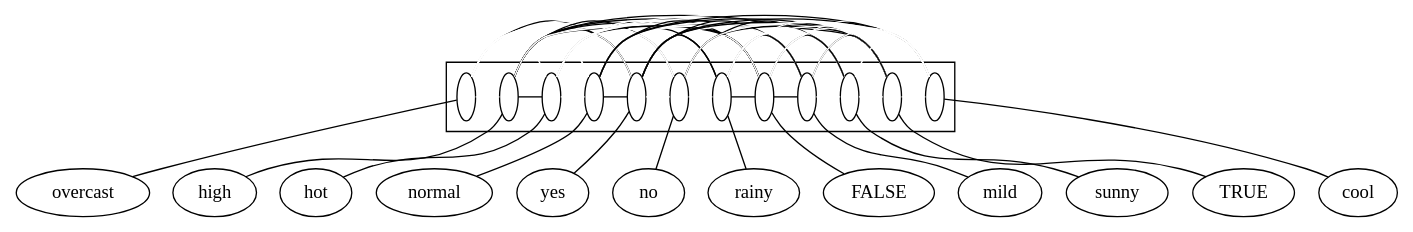
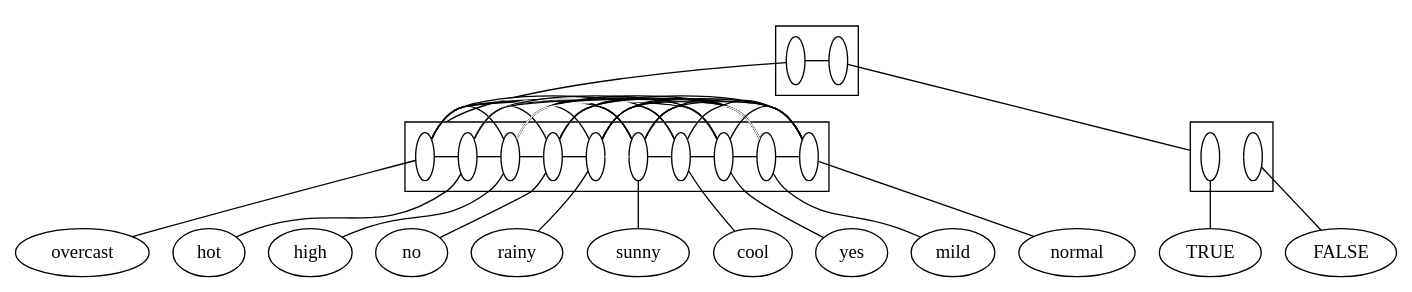
One commit to lrodrin/TFG changed the diagram in src/final/plain2-structure.dot. Above: the diagram before and after it, drawn with Graphviz. The commit also changed 9 other files, not shown here.

```diff
--- a/src/final/plain2-structure.dot
+++ b/src/final/plain2-structure.dot
@@ -1,112 +1,111 @@
 digraph G {
 compound=True;
 overcast;
+hot;
 high;
-hot;
-normal;
-yes;
 no;
 rainy;
+sunny;
+cool;
+yes;
+mild;
+normal;
+TRUE;
 FALSE;
-mild;
-sunny;
-TRUE;
-cool;
-subgraph cluster_sunnyovercasthotmildnoTRUEyesrainyhighFALSEcoolnormal {
-s_overcast [fillcolor=white, label=" ", fixedsize=True, width=0.2];
-s_high [fillcolor=white, label=" ", fixedsize=True, width=0.2];
-s_hot [fillcolor=white, label=" ", fixedsize=True, width=0.2];
-s_normal [fillcolor=white, label=" ", fixedsize=True, width=0.2];
-s_yes [fillcolor=white, label=" ", fixedsize=True, width=0.2];
-s_no [fillcolor=white, label=" ", fixedsize=True, width=0.2];
-s_rainy [fillcolor=white, label=" ", fixedsize=True, width=0.2];
-s_FALSE [fillcolor=white, label=" ", fixedsize=True, width=0.2];
-s_mild [fillcolor=white, label=" ", fixedsize=True, width=0.2];
-s_sunny [fillcolor=white, label=" ", fixedsize=True, width=0.2];
-s_TRUE [fillcolor=white, label=" ", fixedsize=True, width=0.2];
-s_cool [fillcolor=white, label=" ", fixedsize=True, width=0.2];
+subgraph cluster_yesnormalsunnyFALSEovercastTRUEmildrainyhighcoolnohot {
+s_yesnormalsunnyovercastmildrainyhighcoolnohot [width=0.2, fixedsize=True, label=" ", fillcolor=white];
+s_FALSETRUE [width=0.2, fixedsize=True, label=" ", fillcolor=white];
 subgraph  {
 rank=same;
-s_overcast -> s_high  [color=white, arrowhead=none];
-s_overcast -> s_hot  [color=white, arrowhead=none];
-s_overcast -> s_normal  [color=white, arrowhead=none];
-s_overcast -> s_yes  [color=black, arrowhead=none];
-s_overcast -> s_no  [color=white, arrowhead=none];
-s_overcast -> s_rainy  [color=white, arrowhead=none];
-s_overcast -> s_FALSE  [color=white, arrowhead=none];
-s_overcast -> s_mild  [color=white, arrowhead=none];
-s_overcast -> s_sunny  [color=white, arrowhead=none];
-s_overcast -> s_TRUE  [color=white, arrowhead=none];
-s_overcast -> s_cool  [color=white, arrowhead=none];
-s_high -> s_hot  [color=black, arrowhead=none];
-s_high -> s_normal  [color=white, arrowhead=none];
-s_high -> s_yes  [color=black, arrowhead=none];
-s_high -> s_no  [color=black, arrowhead=none];
-s_high -> s_rainy  [color=white, arrowhead=none];
-s_high -> s_FALSE  [color=black, arrowhead=none];
-s_high -> s_mild  [color=black, arrowhead=none];
-s_high -> s_sunny  [color=black, arrowhead=none];
-s_high -> s_TRUE  [color=black, arrowhead=none];
-s_high -> s_cool  [color=white, arrowhead=none];
-s_hot -> s_normal  [color=white, arrowhead=none];
-s_hot -> s_yes  [color=white, arrowhead=none];
-s_hot -> s_no  [color=white, arrowhead=none];
-s_hot -> s_rainy  [color=white, arrowhead=none];
-s_hot -> s_FALSE  [color=black, arrowhead=none];
-s_hot -> s_mild  [color=white, arrowhead=none];
-s_hot -> s_sunny  [color=white, arrowhead=none];
-s_hot -> s_TRUE  [color=white, arrowhead=none];
-s_hot -> s_cool  [color=white, arrowhead=none];
-s_normal -> s_yes  [color=black, arrowhead=none];
-s_normal -> s_no  [color=white, arrowhead=none];
-s_normal -> s_rainy  [color=black, arrowhead=none];
-s_normal -> s_FALSE  [color=black, arrowhead=none];
-s_normal -> s_mild  [color=white, arrowhead=none];
-s_normal -> s_sunny  [color=white, arrowhead=none];
-s_normal -> s_TRUE  [color=black, arrowhead=none];
-s_normal -> s_cool  [color=black, arrowhead=none];
-s_yes -> s_no  [color=white, arrowhead=none];
-s_yes -> s_rainy  [color=black, arrowhead=none];
-s_yes -> s_FALSE  [color=black, arrowhead=none];
-s_yes -> s_mild  [color=black, arrowhead=none];
-s_yes -> s_sunny  [color=white, arrowhead=none];
-s_yes -> s_TRUE  [color=black, arrowhead=none];
-s_yes -> s_cool  [color=black, arrowhead=none];
-s_no -> s_rainy  [color=white, arrowhead=none];
-s_no -> s_FALSE  [color=white, arrowhead=none];
-s_no -> s_mild  [color=white, arrowhead=none];
-s_no -> s_sunny  [color=black, arrowhead=none];
-s_no -> s_TRUE  [color=black, arrowhead=none];
-s_no -> s_cool  [color=white, arrowhead=none];
-s_rainy -> s_FALSE  [color=black, arrowhead=none];
-s_rainy -> s_mild  [color=black, arrowhead=none];
-s_rainy -> s_sunny  [color=white, arrowhead=none];
-s_rainy -> s_TRUE  [color=white, arrowhead=none];
-s_rainy -> s_cool  [color=white, arrowhead=none];
-s_FALSE -> s_mild  [color=black, arrowhead=none];
-s_FALSE -> s_sunny  [color=black, arrowhead=none];
-s_FALSE -> s_TRUE  [color=white, arrowhead=none];
-s_FALSE -> s_cool  [color=white, arrowhead=none];
-s_mild -> s_sunny  [color=white, arrowhead=none];
-s_mild -> s_TRUE  [color=black, arrowhead=none];
-s_mild -> s_cool  [color=white, arrowhead=none];
-s_sunny -> s_TRUE  [color=white, arrowhead=none];
-s_sunny -> s_cool  [color=white, arrowhead=none];
-s_TRUE -> s_cool  [color=white, arrowhead=none];
+s_yesnormalsunnyovercastmildrainyhighcoolnohot -> s_FALSETRUE  [arrowhead=none, color=black];
+}
+
+}
+
+subgraph cluster_yesnormalsunnyovercastmildrainyhighcoolnohot {
+s_overcast [width=0.2, fixedsize=True, label=" ", fillcolor=white];
+s_hot [width=0.2, fixedsize=True, label=" ", fillcolor=white];
+s_high [width=0.2, fixedsize=True, label=" ", fillcolor=white];
+s_no [width=0.2, fixedsize=True, label=" ", fillcolor=white];
+s_rainy [width=0.2, fixedsize=True, label=" ", fillcolor=white];
+s_sunny [width=0.2, fixedsize=True, label=" ", fillcolor=white];
+s_cool [width=0.2, fixedsize=True, label=" ", fillcolor=white];
+s_yes [width=0.2, fixedsize=True, label=" ", fillcolor=white];
+s_mild [width=0.2, fixedsize=True, label=" ", fillcolor=white];
+s_normal [width=0.2, fixedsize=True, label=" ", fillcolor=white];
+subgraph  {
+rank=same;
+s_overcast -> s_hot  [arrowhead=none, color=black];
+s_overcast -> s_high  [arrowhead=none, color=black];
+s_overcast -> s_no  [arrowhead=none, color=white];
+s_overcast -> s_rainy  [arrowhead=none, color=white];
+s_overcast -> s_sunny  [arrowhead=none, color=white];
+s_overcast -> s_cool  [arrowhead=none, color=black];
+s_overcast -> s_yes  [arrowhead=none, color=black];
+s_overcast -> s_mild  [arrowhead=none, color=black];
+s_overcast -> s_normal  [arrowhead=none, color=black];
+s_hot -> s_high  [arrowhead=none, color=black];
+s_hot -> s_no  [arrowhead=none, color=black];
+s_hot -> s_rainy  [arrowhead=none, color=white];
+s_hot -> s_sunny  [arrowhead=none, color=black];
+s_hot -> s_cool  [arrowhead=none, color=white];
+s_hot -> s_yes  [arrowhead=none, color=black];
+s_hot -> s_mild  [arrowhead=none, color=white];
+s_hot -> s_normal  [arrowhead=none, color=black];
+s_high -> s_no  [arrowhead=none, color=black];
+s_high -> s_rainy  [arrowhead=none, color=black];
+s_high -> s_sunny  [arrowhead=none, color=black];
+s_high -> s_cool  [arrowhead=none, color=white];
+s_high -> s_yes  [arrowhead=none, color=black];
+s_high -> s_mild  [arrowhead=none, color=black];
+s_high -> s_normal  [arrowhead=none, color=white];
+s_no -> s_rainy  [arrowhead=none, color=black];
+s_no -> s_sunny  [arrowhead=none, color=black];
+s_no -> s_cool  [arrowhead=none, color=black];
+s_no -> s_yes  [arrowhead=none, color=white];
+s_no -> s_mild  [arrowhead=none, color=black];
+s_no -> s_normal  [arrowhead=none, color=black];
+s_rainy -> s_sunny  [arrowhead=none, color=white];
+s_rainy -> s_cool  [arrowhead=none, color=black];
+s_rainy -> s_yes  [arrowhead=none, color=black];
+s_rainy -> s_mild  [arrowhead=none, color=black];
+s_rainy -> s_normal  [arrowhead=none, color=black];
+s_sunny -> s_cool  [arrowhead=none, color=black];
+s_sunny -> s_yes  [arrowhead=none, color=black];
+s_sunny -> s_mild  [arrowhead=none, color=black];
+s_sunny -> s_normal  [arrowhead=none, color=black];
+s_cool -> s_yes  [arrowhead=none, color=black];
+s_cool -> s_mild  [arrowhead=none, color=white];
+s_cool -> s_normal  [arrowhead=none, color=black];
+s_yes -> s_mild  [arrowhead=none, color=black];
+s_yes -> s_normal  [arrowhead=none, color=black];
+s_mild -> s_normal  [arrowhead=none, color=black];
+}
+
+}
+
+subgraph cluster_FALSETRUE {
+s_TRUE [width=0.2, fixedsize=True, label=" ", fillcolor=white];
+s_FALSE [width=0.2, fixedsize=True, label=" ", fillcolor=white];
+subgraph  {
+rank=same;
+s_TRUE -> s_FALSE  [arrowhead=none, color=white];
 }
 
 }
 
 s_overcast -> overcast  [arrowhead=none];
+s_hot -> hot  [arrowhead=none];
 s_high -> high  [arrowhead=none];
-s_hot -> hot  [arrowhead=none];
-s_normal -> normal  [arrowhead=none];
-s_yes -> yes  [arrowhead=none];
 s_no -> no  [arrowhead=none];
 s_rainy -> rainy  [arrowhead=none];
+s_sunny -> sunny  [arrowhead=none];
+s_cool -> cool  [arrowhead=none];
+s_yes -> yes  [arrowhead=none];
+s_mild -> mild  [arrowhead=none];
+s_normal -> normal  [arrowhead=none];
+s_TRUE -> TRUE  [arrowhead=none];
 s_FALSE -> FALSE  [arrowhead=none];
-s_mild -> mild  [arrowhead=none];
-s_sunny -> sunny  [arrowhead=none];
-s_TRUE -> TRUE  [arrowhead=none];
-s_cool -> cool  [arrowhead=none];
+s_yesnormalsunnyovercastmildrainyhighcoolnohot -> s_overcast  [arrowhead=none, lhead=cluster_yesnormalsunnyovercastmildrainyhighcoolnohot];
+s_FALSETRUE -> s_TRUE  [arrowhead=none, lhead=cluster_FALSETRUE];
 }
```
